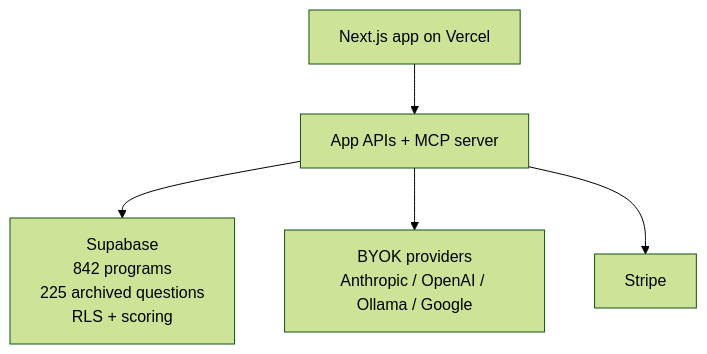
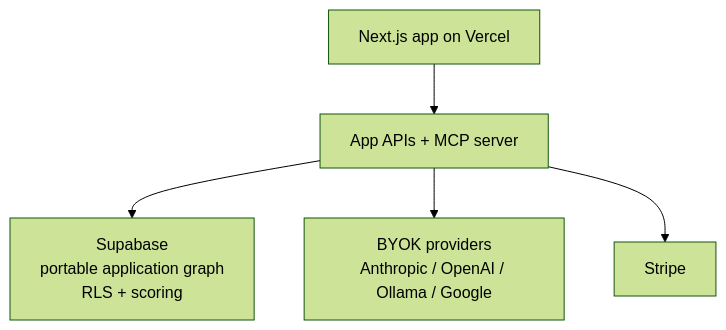
One commit to SunrisesIllNeverSee/application-hub changed the diagram in README.md. Above: the diagram before and after it, drawn with Mermaid (forest theme). The commit also changed other lines of this file and 79 other files, not shown here.

````diff
--- a/README.md
+++ b/README.md
@@ -42,7 +41,7 @@
 ```mermaid
 flowchart TD
     A["Next.js app on Vercel"] --> B["App APIs + MCP server"]
-    B --> C["Supabase<br/>842 programs<br/>225 archived questions<br/>RLS + scoring"]
+    B --> C["Supabase<br/>portable application graph<br/>RLS + scoring"]
     B --> D["BYOK providers<br/>Anthropic / OpenAI / Ollama / Google"]
     B --> E["Stripe"]
 ```
````
